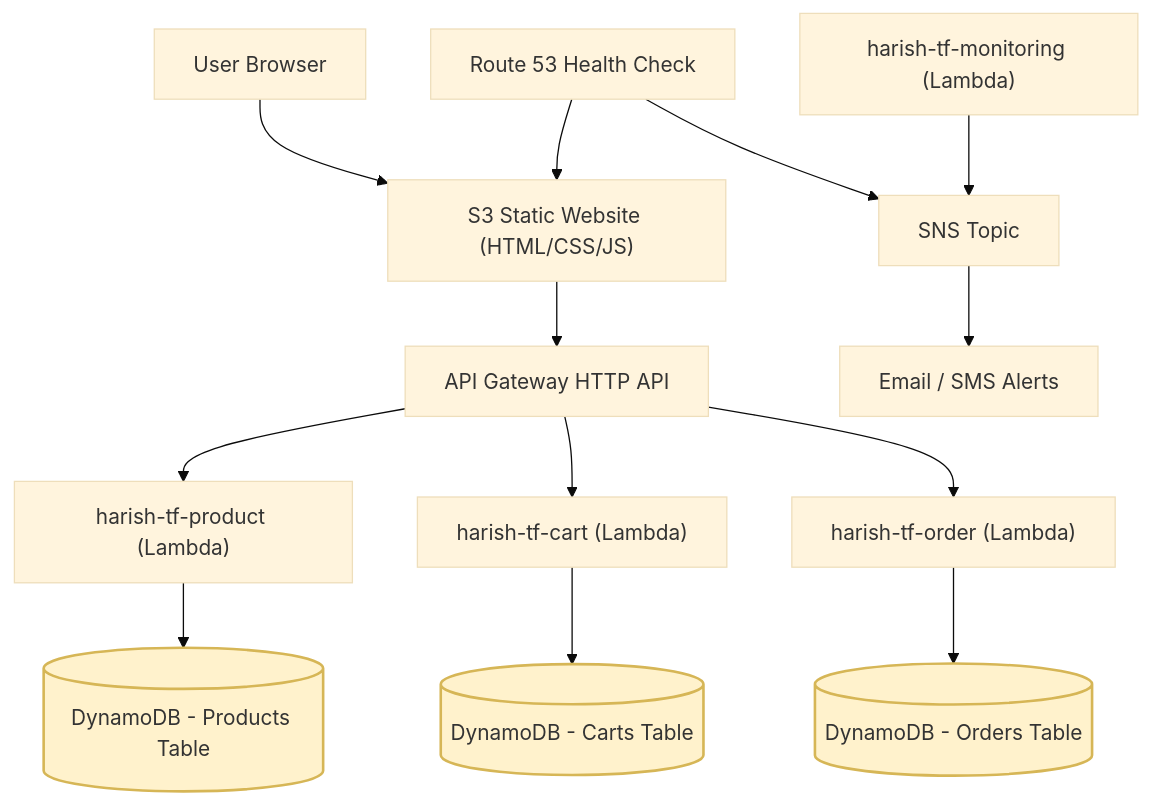
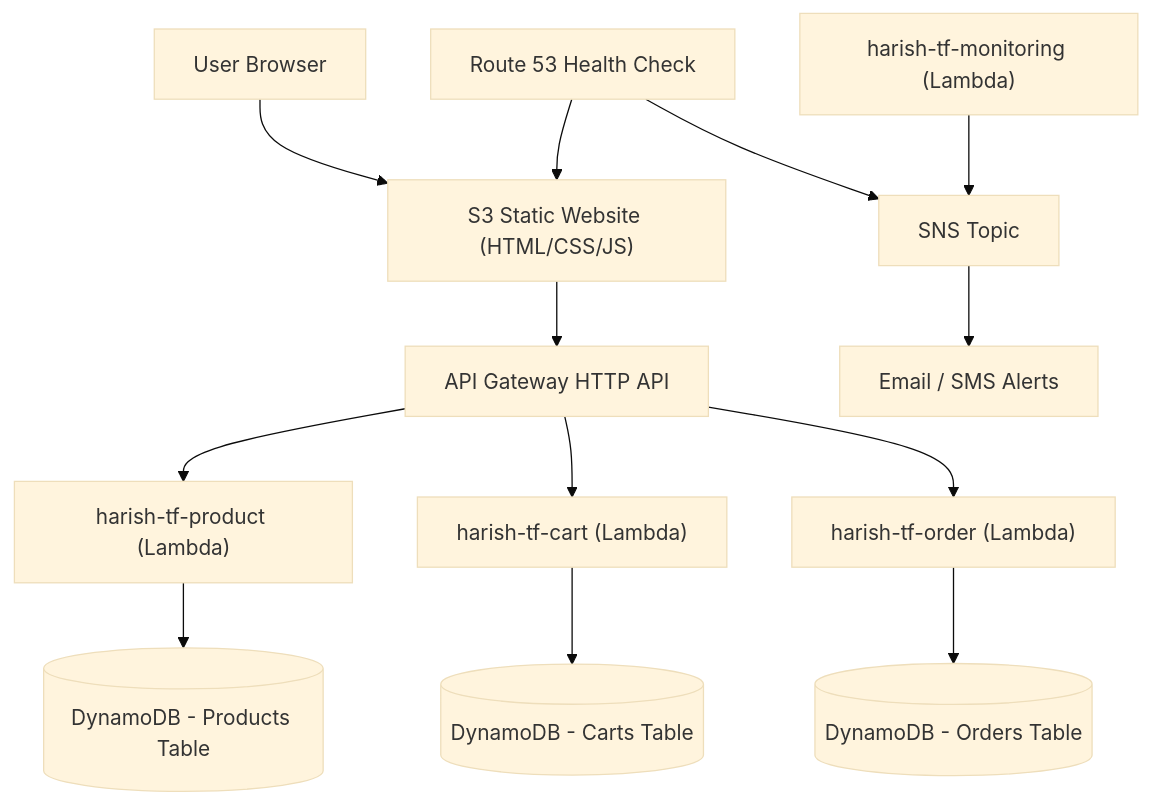
Before and after one commit to Harish05A/harish-terraform-project-idp: the diagram in README.md, drawn with Mermaid (base theme).

Commit message:
feat: Updated Architecture Diagram

````diff
--- a/README.md
+++ b/README.md
@@ -33,48 +33,45 @@
 ```mermaid
 flowchart TD
-    %% Styling
-    classDef aws fill:#f9f,stroke:#333,stroke-width:2px;
-    classDef db fill:#fff2cc,stroke:#d6b656,stroke-width:2px;
 
     %% User
     U[User Browser]
 
     %% Frontend
     FE["S3 Static Website (HTML/CSS/JS)"]
 
     %% API Gateway
     APIGW[API Gateway HTTP API]
 
     %% Lambda Services
     P["harish-tf-product (Lambda)"]
     C["harish-tf-cart (Lambda)"]
     O["harish-tf-order (Lambda)"]
     M["harish-tf-monitoring (Lambda)"]
 
     %% Database
-    D1[(DynamoDB - Products Table)]:::db
-    D2[(DynamoDB - Carts Table)]:::db
-    D3[(DynamoDB - Orders Table)]:::db
+    D1[(DynamoDB - Products Table)]
+    D2[(DynamoDB - Carts Table)]
+    D3[(DynamoDB - Orders Table)]
 
     %% Monitoring
     R53[Route 53 Health Check]
     SNS[SNS Topic]
     ALERT[Email / SMS Alerts]
 
     %% Flow
     U --> FE
     FE --> APIGW
     APIGW --> P
     APIGW --> C
     APIGW --> O
 
     P --> D1
     C --> D2
     O --> D3
 
     %% Monitoring Flow
     R53 --> FE
     R53 --> SNS
     SNS --> ALERT
     M --> SNS
 ```
````
